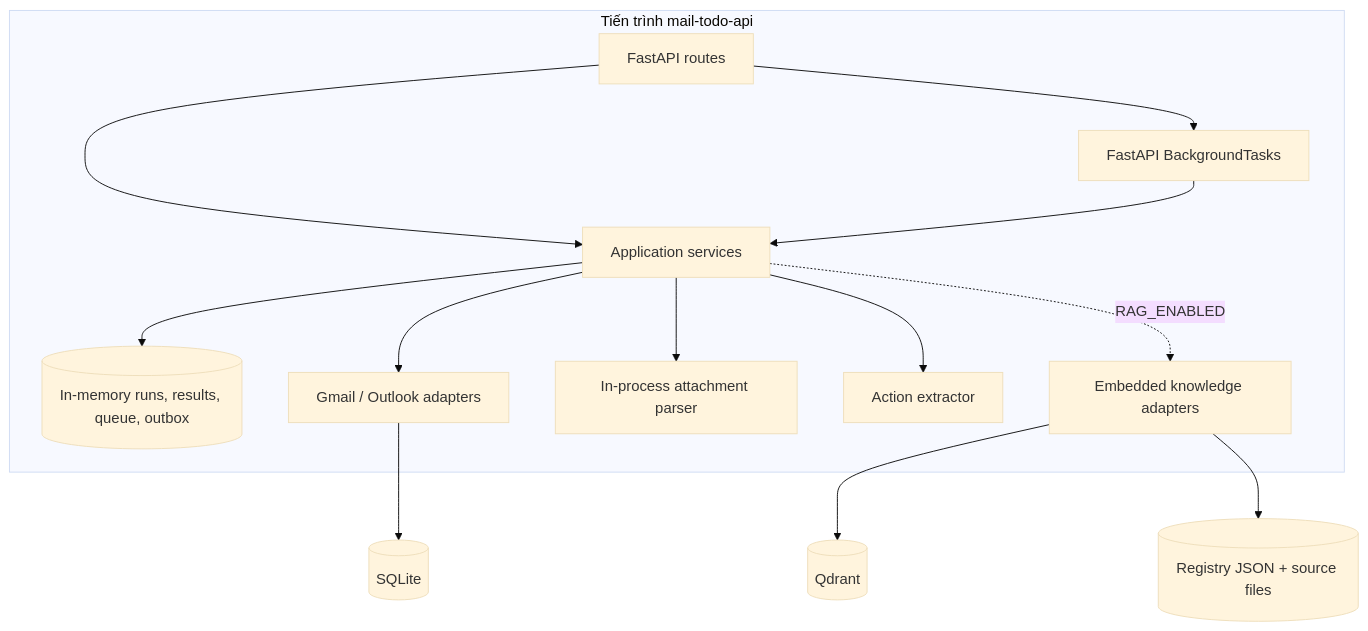
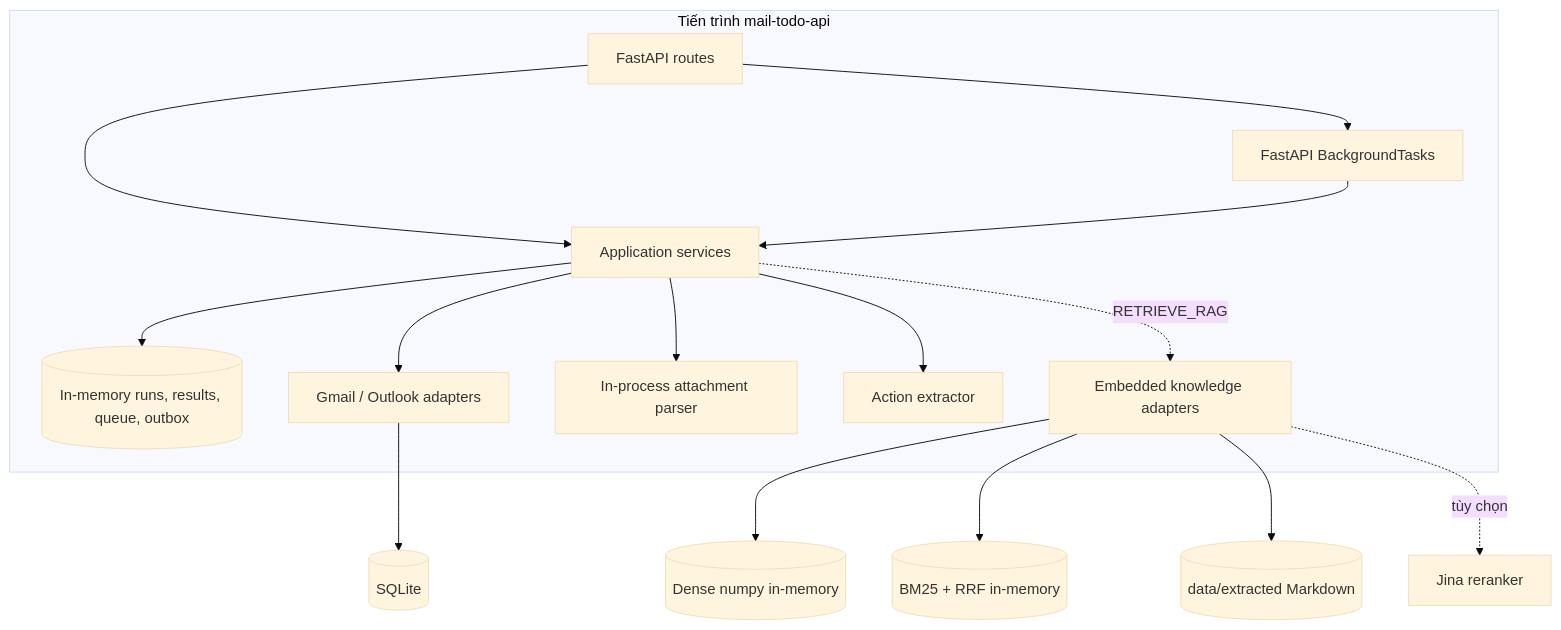
Before and after one commit to MathematicGuy/EMAIL-AGENT-v1: the second of 6 diagrams in docs/references/EMAIL-RAG-ARCHITECHTURE.md, drawn with Mermaid (base theme). The commit also changed other lines of this file and 17 other files, not shown here.

````diff
--- a/docs/references/EMAIL-RAG-ARCHITECHTURE.md
+++ b/docs/references/EMAIL-RAG-ARCHITECHTURE.md
@@ -56,26 +56,28 @@
 ```mermaid
 flowchart TB
     subgraph Process[Tiến trình mail-todo-api]
         Routes[FastAPI routes]
         UseCases[Application services]
         BG[FastAPI BackgroundTasks]
         Memory[(In-memory runs, results, queue, outbox)]
         MailAdapters[Gmail / Outlook adapters]
         Attachment[In-process attachment parser]
         ActionLLM[Action extractor]
         EmbeddedRAG[Embedded knowledge adapters]
 
         Routes --> UseCases
         Routes --> BG
         BG --> UseCases
         UseCases --> Memory
         UseCases --> MailAdapters
         UseCases --> Attachment
         UseCases --> ActionLLM
-        UseCases -. RAG_ENABLED .-> EmbeddedRAG
+        UseCases -. RETRIEVE_RAG .-> EmbeddedRAG
     end
 
     MailAdapters --> OAuthDB[(SQLite)]
-    EmbeddedRAG --> Qdrant[(Qdrant)]
-    EmbeddedRAG --> Registry[(Registry JSON + source files)]
+    EmbeddedRAG --> Dense[(Dense numpy in-memory)]
+    EmbeddedRAG --> Lexical[(BM25 + RRF in-memory)]
+    EmbeddedRAG --> Corpus[(data/extracted Markdown)]
+    EmbeddedRAG -. tùy chọn .-> Jina[Jina reranker]
 ```
````
